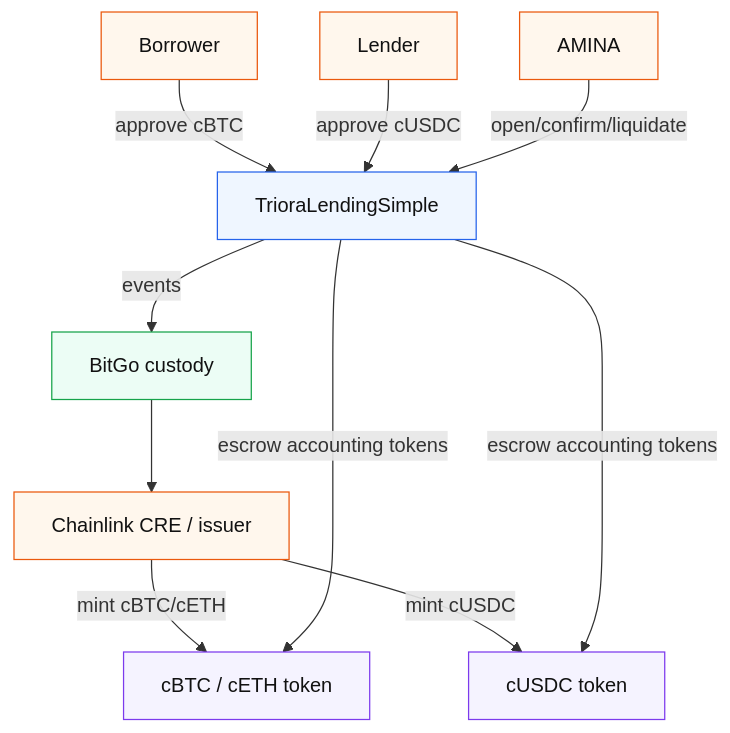
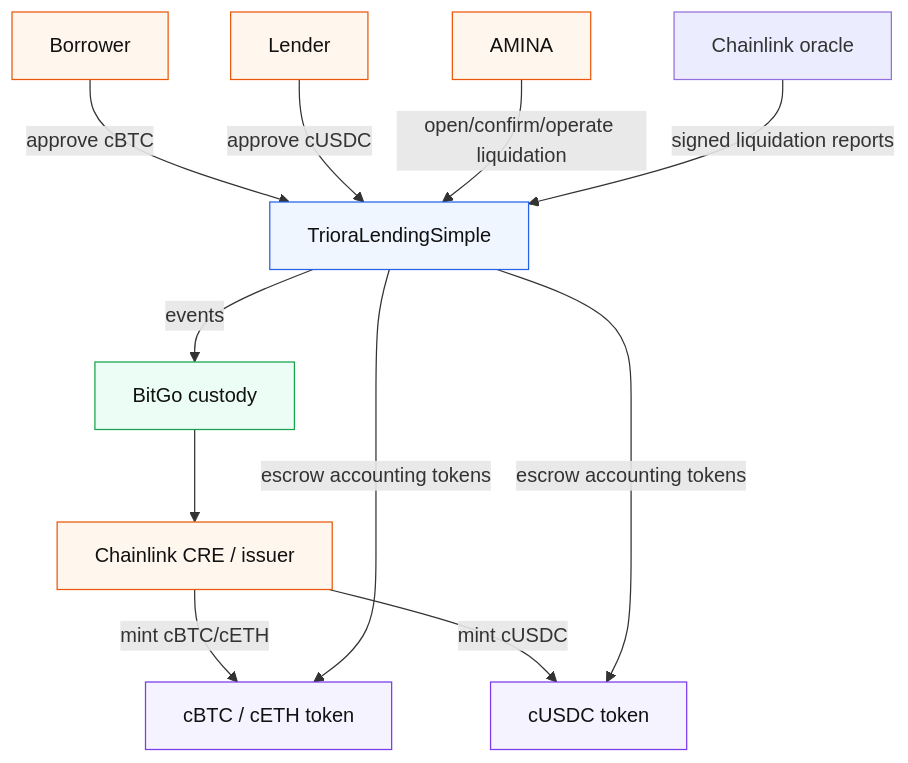
The second of 7 diagrams in docs/Triora-architecture-simplified.md (sanbir/P2PxAmina), drawn with Mermaid before and after one commit. The commit also changed other lines of this file and 4 other files, not shown here.

````diff
--- a/docs/Triora-architecture-simplified.md
+++ b/docs/Triora-architecture-simplified.md
@@ -118,27 +118,28 @@
 ```mermaid
 flowchart TB
     classDef actor fill:#fff7ed,stroke:#ea580c,color:#111
     classDef custody fill:#ecfdf5,stroke:#16a34a,color:#111
     classDef chain fill:#eff6ff,stroke:#2563eb,color:#111
     classDef token fill:#f5f3ff,stroke:#7c3aed,color:#111
 
     Borrower[Borrower]:::actor
     Lender[Lender]:::actor
     Amina[AMINA]:::actor
     Issuer[Chainlink CRE / issuer]:::actor
     Custodian[BitGo custody]:::custody
 
     cBTC[cBTC / cETH token]:::token
     cUSDC[cUSDC token]:::token
     Engine[TrioraLendingSimple]:::chain
 
     Custodian --> Issuer
     Issuer -->|mint cBTC/cETH| cBTC
     Issuer -->|mint cUSDC| cUSDC
     Borrower -->|approve cBTC| Engine
     Lender -->|approve cUSDC| Engine
-    Amina -->|open/confirm/liquidate| Engine
+    Amina -->|open/confirm/operate liquidation| Engine
+    Chainlink[Chainlink oracle] -->|signed liquidation reports| Engine
     Engine -->|escrow accounting tokens| cBTC
     Engine -->|escrow accounting tokens| cUSDC
     Engine -->|events| Custodian
 ```
````
